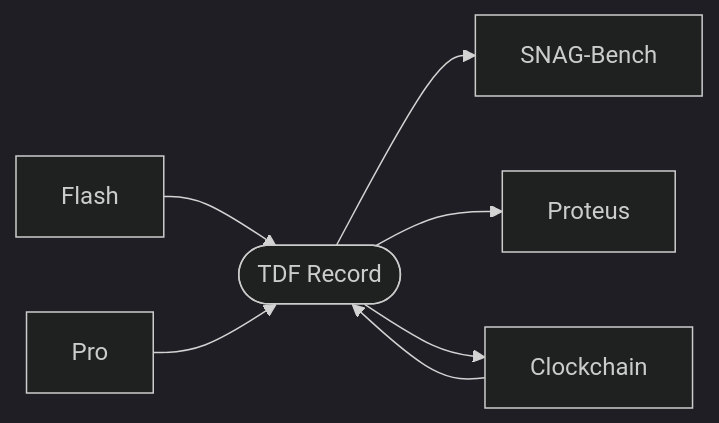
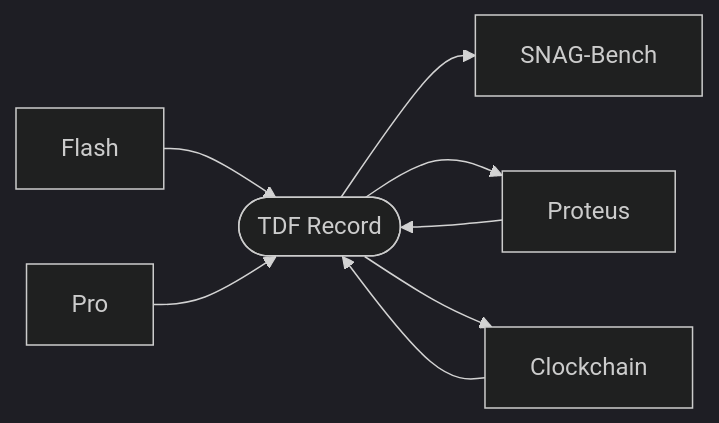
One commit to timepointai/timepoint-tdf changed the diagram in README.md. Above: the diagram before and after it, drawn with Mermaid (dark theme). The commit also changed other lines of this file and 1 other file, not shown here.

````diff
--- a/README.md
+++ b/README.md
@@ -9,9 +9,10 @@
 ```mermaid
 flowchart LR
     Flash --> TDF(["TDF Record"])
     Pro --> TDF
     CC[Clockchain] --> TDF
+    Proteus --> TDF
     TDF --> SB[SNAG-Bench]
     TDF --> Proteus
     TDF --> CC
 ```
````
